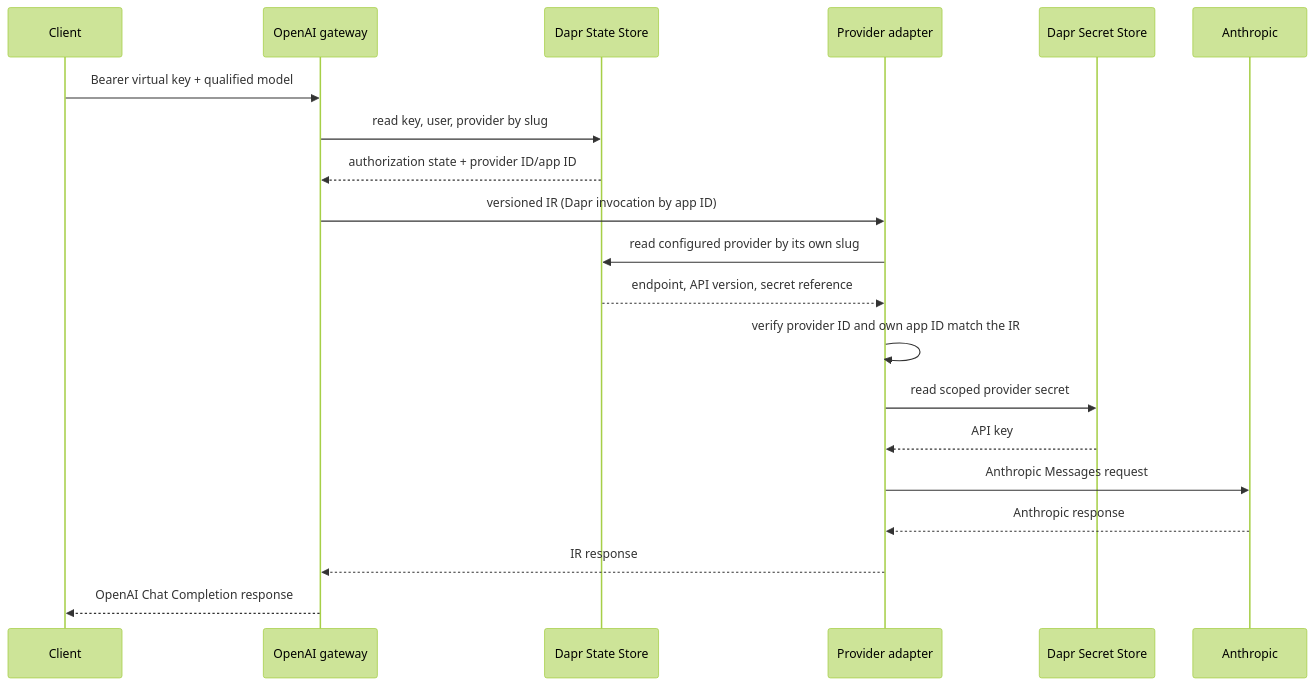
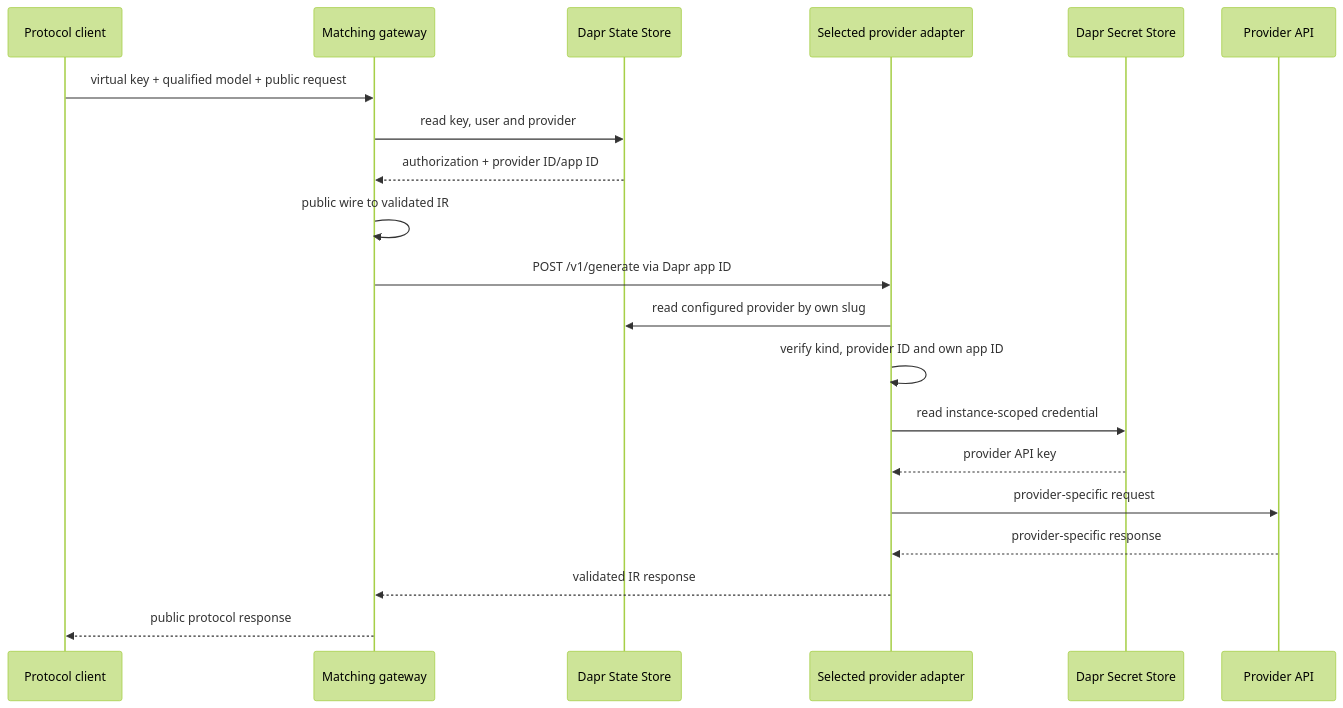
Before and after one commit to Albe83/gwai: the diagram in docs/architecture.md, drawn with Mermaid (forest theme). The commit also changed other lines of this file and 73 other files, not shown here.

````diff
--- a/docs/architecture.md
+++ b/docs/architecture.md
@@ -30,23 +39,23 @@
 ```mermaid
 sequenceDiagram
-    participant C as Client
-    participant G as OpenAI gateway
+    participant C as Protocol client
+    participant G as Matching gateway
     participant S as Dapr State Store
-    participant A as Provider adapter
+    participant A as Selected provider adapter
     participant D as Dapr Secret Store
-    participant P as Anthropic
+    participant P as Provider API
 
-    C->>G: Bearer virtual key + qualified model
-    G->>S: read key, user, provider by slug
-    S-->>G: authorization state + provider ID/app ID
-    G->>A: versioned IR (Dapr invocation by app ID)
-    A->>S: read configured provider by its own slug
-    S-->>A: endpoint, API version, secret reference
-    A->>A: verify provider ID and own app ID match the IR
-    A->>D: read scoped provider secret
-    D-->>A: API key
-    A->>P: Anthropic Messages request
-    P-->>A: Anthropic response
-    A-->>G: IR response
-    G-->>C: OpenAI Chat Completion response
+    C->>G: virtual key + qualified model + public request
+    G->>S: read key, user and provider
+    S-->>G: authorization + provider ID/app ID
+    G->>G: public wire to validated IR
+    G->>A: POST /v1/generate via Dapr app ID
+    A->>S: read configured provider by own slug
+    A->>A: verify kind, provider ID and own app ID
+    A->>D: read instance-scoped credential
+    D-->>A: provider API key
+    A->>P: provider-specific request
+    P-->>A: provider-specific response
+    A-->>G: validated IR response
+    G-->>C: public protocol response
 ```
````
